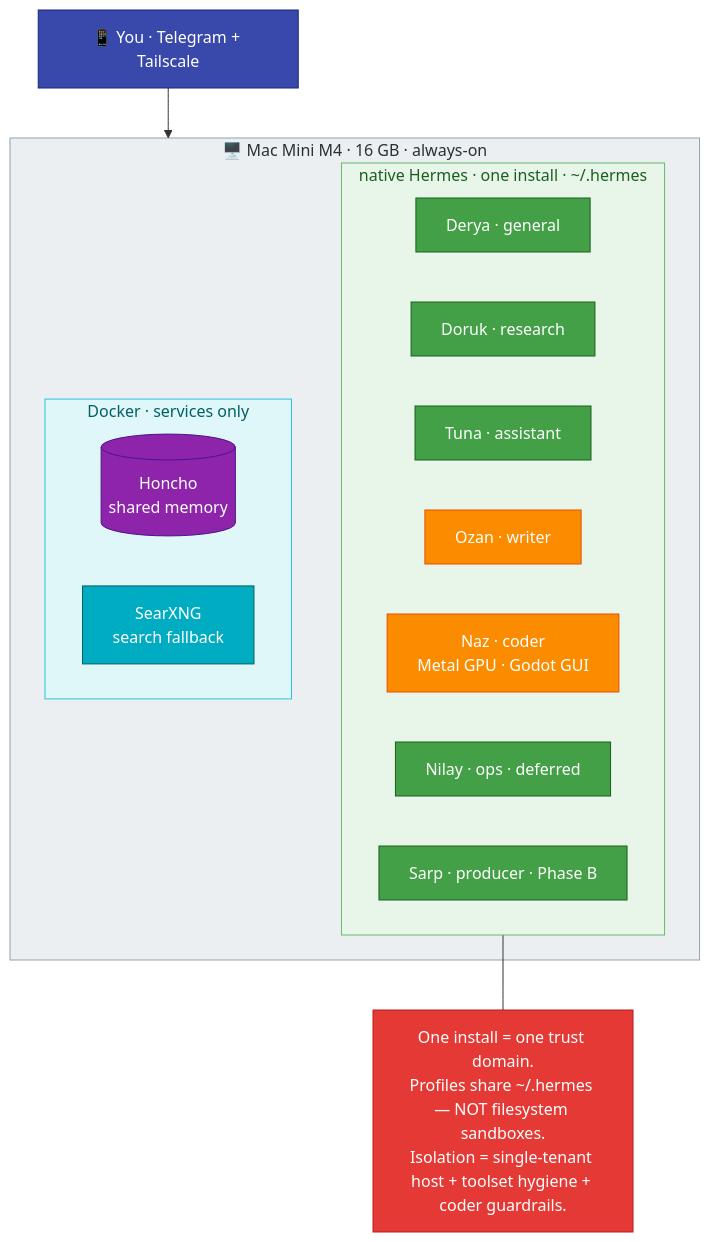
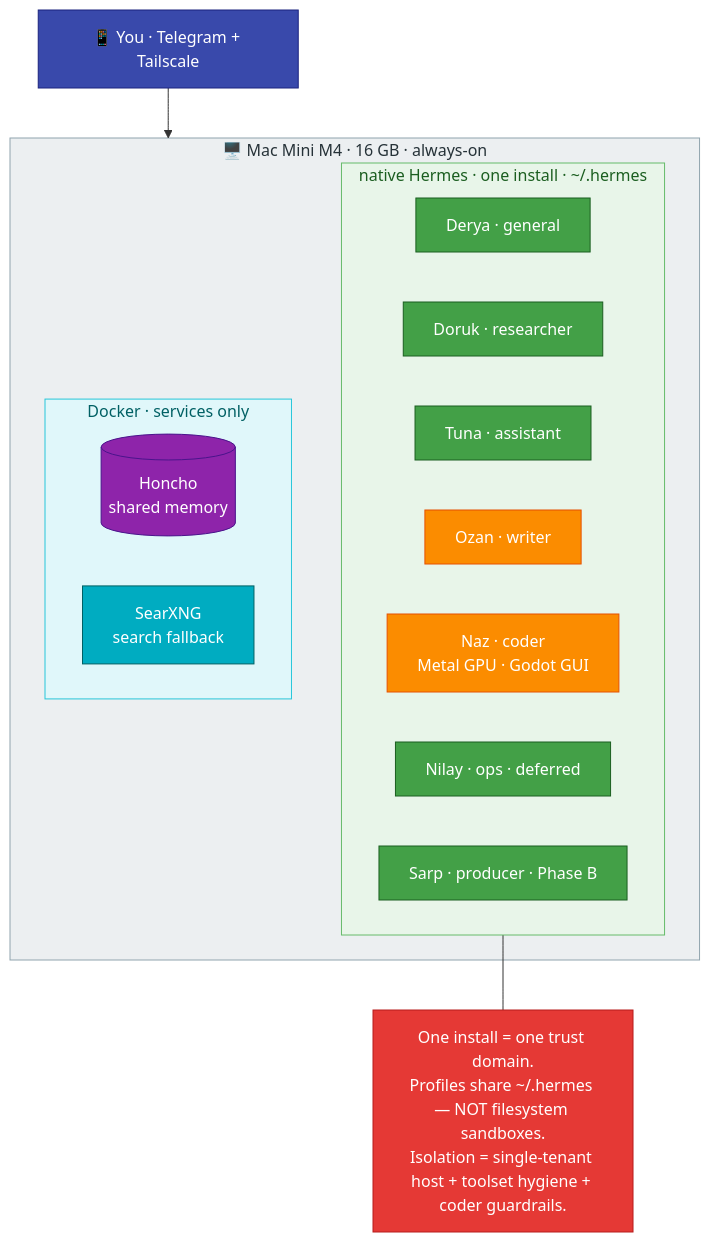
The diagram in docs/01-architecture.md (mpolatcan/hermes-setup), drawn with Mermaid before and after one commit. The commit also changed other lines of this file and 14 other files, not shown here.

First line of the commit message:
refactor: rename slug research -> researcher

````diff
--- a/docs/01-architecture.md
+++ b/docs/01-architecture.md
@@ -7,30 +7,30 @@
 ```mermaid
 flowchart TB
     subgraph mini["🖥️ Mac Mini M4 · 16 GB · always-on"]
         subgraph hermes["native Hermes · one install · ~/.hermes"]
             k["Derya · general"]:::mini
-            m["Doruk · research"]:::mini
+            m["Doruk · researcher"]:::mini
             u["Tuna · assistant"]:::mini
             w["Ozan · writer"]:::codex
             c["Naz · coder<br/>Metal GPU · Godot GUI"]:::codex
             o["Nilay · ops · deferred"]:::mini
             p["Sarp · producer · Phase B"]:::mini
         end
         subgraph svc["Docker · services only"]
             Honcho[("Honcho<br/>shared memory")]:::infra
             SearXNG["SearXNG<br/>search fallback"]:::svc
         end
     end
     phone["📱 You · Telegram + Tailscale"]:::user --> mini
     note["One install = one trust domain.<br/>Profiles share ~/.hermes — NOT filesystem sandboxes.<br/>Isolation = single-tenant host + toolset hygiene + coder guardrails."]:::danger
     hermes --- note
     classDef user fill:#3949AB,stroke:#1A237E,color:#fff
     classDef mini fill:#43A047,stroke:#1B5E20,color:#fff
     classDef codex fill:#FB8C00,stroke:#E65100,color:#fff
     classDef infra fill:#8E24AA,stroke:#4A148C,color:#fff
     classDef svc fill:#00ACC1,stroke:#006064,color:#fff
     classDef danger fill:#E53935,stroke:#B71C1C,color:#fff
     style mini fill:#ECEFF1,stroke:#90A4AE,color:#263238
     style hermes fill:#E8F5E9,stroke:#66BB6A,color:#1B5E20
     style svc fill:#E0F7FA,stroke:#26C6DA,color:#006064
 ```
````
